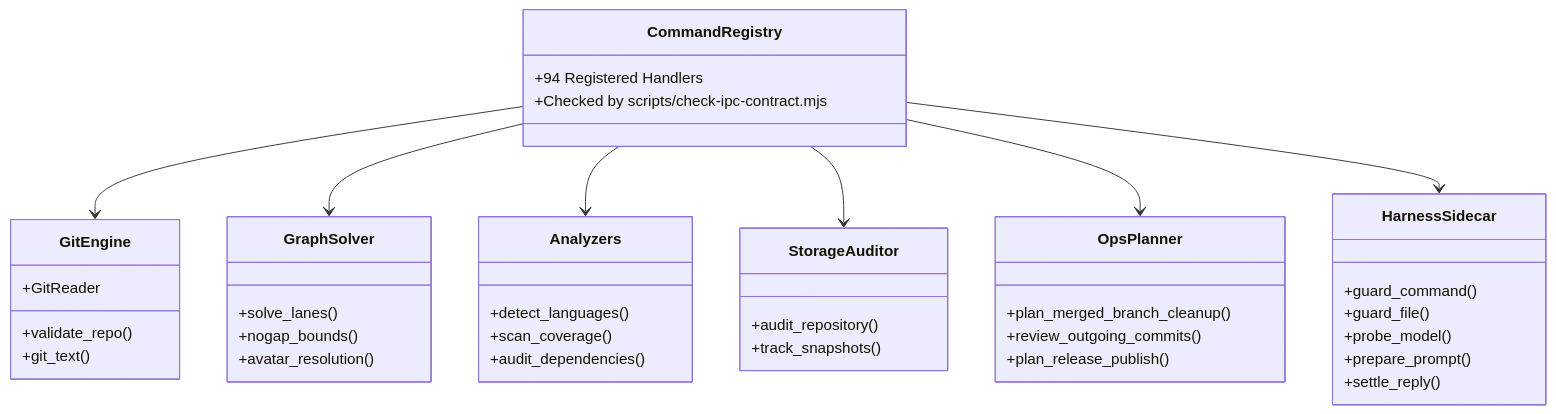
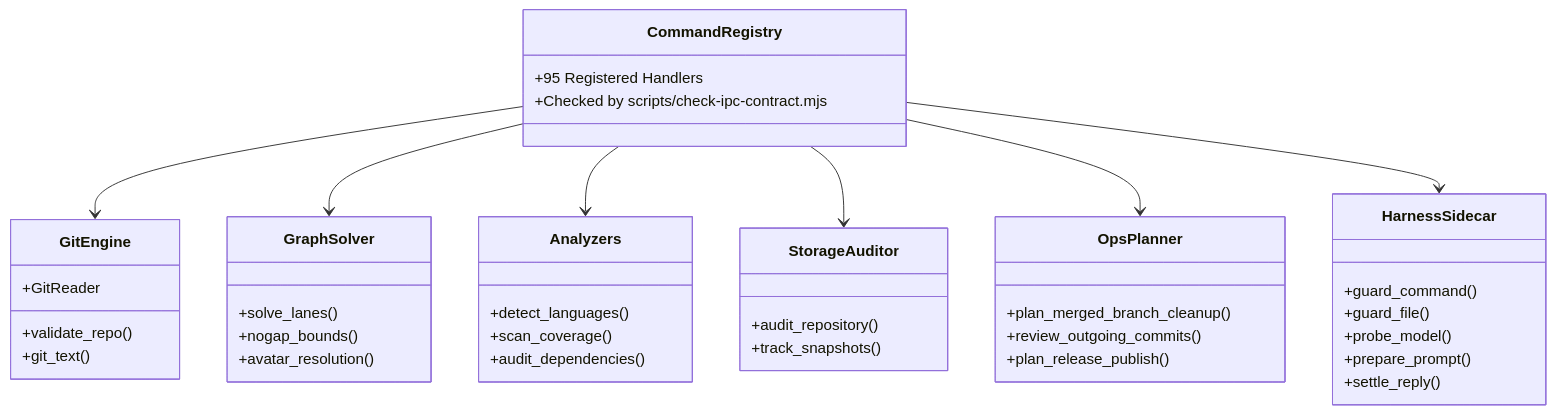
The third of 4 diagrams in docs/ARCHITECTURE.md (bharathvbcr/GitPulse), drawn with Mermaid before and after one commit. The commit also changed other lines of this file and 12 other files, not shown here.

Commit message:
docs: update architecture, features, and repo documentation

````diff
--- a/docs/ARCHITECTURE.md
+++ b/docs/ARCHITECTURE.md
@@ -95,45 +96,45 @@
 ```mermaid
 classDiagram
     class CommandRegistry {
-        +94 Registered Handlers
+        +95 Registered Handlers
         +Checked by scripts/check-ipc-contract.mjs
     }
     class GitEngine {
         +validate_repo()
         +git_text()
         +GitReader
     }
     class GraphSolver {
         +solve_lanes()
         +nogap_bounds()
         +avatar_resolution()
     }
     class Analyzers {
         +detect_languages()
         +scan_coverage()
         +audit_dependencies()
     }
     class StorageAuditor {
         +audit_repository()
         +track_snapshots()
     }
     class OpsPlanner {
         +plan_merged_branch_cleanup()
         +review_outgoing_commits()
         +plan_release_publish()
     }
     class HarnessSidecar {
         +guard_command()
         +guard_file()
         +probe_model()
         +prepare_prompt()
         +settle_reply()
     }
 
     CommandRegistry --> GitEngine
     CommandRegistry --> GraphSolver
     CommandRegistry --> Analyzers
     CommandRegistry --> StorageAuditor
     CommandRegistry --> OpsPlanner
     CommandRegistry --> HarnessSidecar
 ```
````
